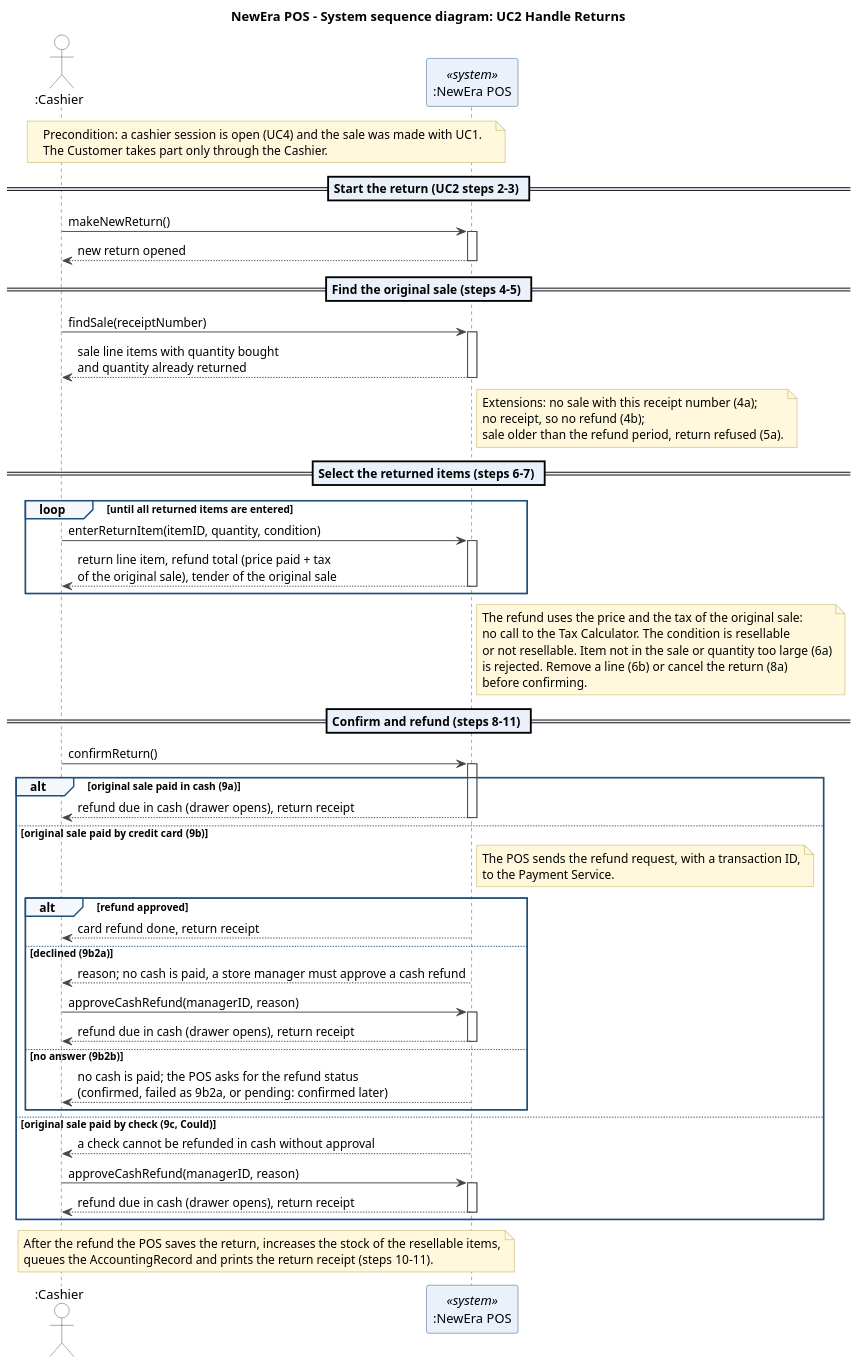
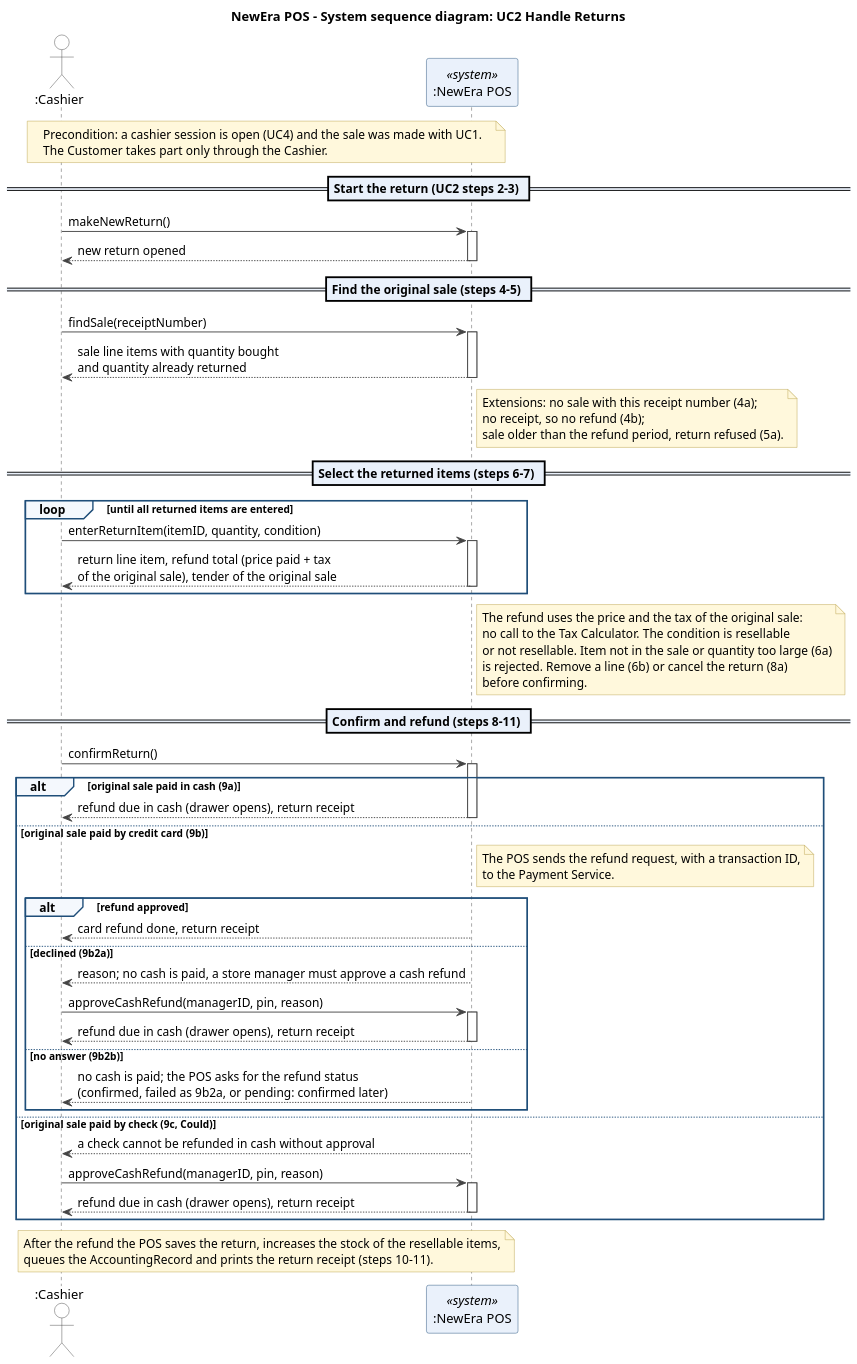
The diagram in assets/ssd_uc2.puml (bhsei/26D), drawn with PlantUML before and after one commit. The commit also changed 4 other files, not shown here.

Commit message:
W9 - System sequence diagrams v0.7; contract numbers of UC4 and UC5, PIN in approveCashRefund (B2)

```diff
--- a/assets/ssd_uc2.puml
+++ b/assets/ssd_uc2.puml
@@ -1,103 +1,103 @@
 @startuml
 ' NewEra POS - System sequence diagram of UC2 Handle Returns (main scenario and refund variants), W08
 ' Team D - editable source of assets/ssd_uc2.png
 ' Render with: java -jar plantuml.jar -tpng assets/ssd_uc2.puml
 ' Step numbers refer to UC2 in docs/requirements/SRS.md (W08 review changes, #28, #37, #50).
 
 skinparam shadowing false
 skinparam dpi 130
 skinparam defaultFontName Arial
 skinparam ArrowColor #444444
 skinparam SequenceLifeLineBorderColor #444444
 skinparam ParticipantBorderColor #1F4E79
 skinparam ParticipantBackgroundColor #EAF1FB
 skinparam ActorBorderColor #444444
 skinparam ActorBackgroundColor #FFFFFF
 skinparam SequenceGroupBackgroundColor #F4F8FD
 skinparam SequenceGroupBorderColor #1F4E79
 skinparam SequenceDividerBackgroundColor #EAF1FB
 skinparam NoteBackgroundColor #FFF8DC
 skinparam NoteBorderColor #B8A04A
 skinparam responseMessageBelowArrow true
 
 title NewEra POS - System sequence diagram: UC2 Handle Returns
 
 actor ":Cashier" as Cashier
 participant ":NewEra POS" as POS <<system>>
 
 note over Cashier, POS
   Precondition: a cashier session is open (UC4) and the sale was made with UC1.
   The Customer takes part only through the Cashier.
 end note
 
 == Start the return (UC2 steps 2-3) ==
 Cashier -> POS : makeNewReturn()
 activate POS
 POS --> Cashier : new return opened
 deactivate POS
 
 == Find the original sale (steps 4-5) ==
 Cashier -> POS : findSale(receiptNumber)
 activate POS
 POS --> Cashier : sale line items with quantity bought\nand quantity already returned
 deactivate POS
 note right of POS
   Extensions: no sale with this receipt number (4a);
   no receipt, so no refund (4b);
   sale older than the refund period, return refused (5a).
 end note
 
 == Select the returned items (steps 6-7) ==
 loop until all returned items are entered
   Cashier -> POS : enterReturnItem(itemID, quantity, condition)
   activate POS
   POS --> Cashier : return line item, refund total (price paid + tax\nof the original sale), tender of the original sale
   deactivate POS
 end
 note right of POS
   The refund uses the price and the tax of the original sale:
   no call to the Tax Calculator. The condition is resellable
   or not resellable. Item not in the sale or quantity too large (6a)
   is rejected. Remove a line (6b) or cancel the return (8a)
   before confirming.
 end note
 
 == Confirm and refund (steps 8-11) ==
 Cashier -> POS : confirmReturn()
 activate POS
 alt original sale paid in cash (9a)
   POS --> Cashier : refund due in cash (drawer opens), return receipt
   deactivate POS
 else original sale paid by credit card (9b)
   note right of POS
     The POS sends the refund request, with a transaction ID,
     to the Payment Service.
   end note
   alt refund approved
     POS --> Cashier : card refund done, return receipt
     deactivate POS
   else declined (9b2a)
     POS --> Cashier : reason; no cash is paid, a store manager must approve a cash refund
     deactivate POS
-    Cashier -> POS : approveCashRefund(managerID, reason)
+    Cashier -> POS : approveCashRefund(managerID, pin, reason)
     activate POS
     POS --> Cashier : refund due in cash (drawer opens), return receipt
     deactivate POS
   else no answer (9b2b)
     POS --> Cashier : no cash is paid; the POS asks for the refund status\n(confirmed, failed as 9b2a, or pending: confirmed later)
     deactivate POS
   end
 else original sale paid by check (9c, Could)
   POS --> Cashier : a check cannot be refunded in cash without approval
   deactivate POS
-  Cashier -> POS : approveCashRefund(managerID, reason)
+  Cashier -> POS : approveCashRefund(managerID, pin, reason)
   activate POS
   POS --> Cashier : refund due in cash (drawer opens), return receipt
   deactivate POS
 end
 
 note over Cashier, POS
   After the refund the POS saves the return, increases the stock of the resellable items,
   queues the AccountingRecord and prints the return receipt (steps 10-11).
 end note
 @enduml
```
